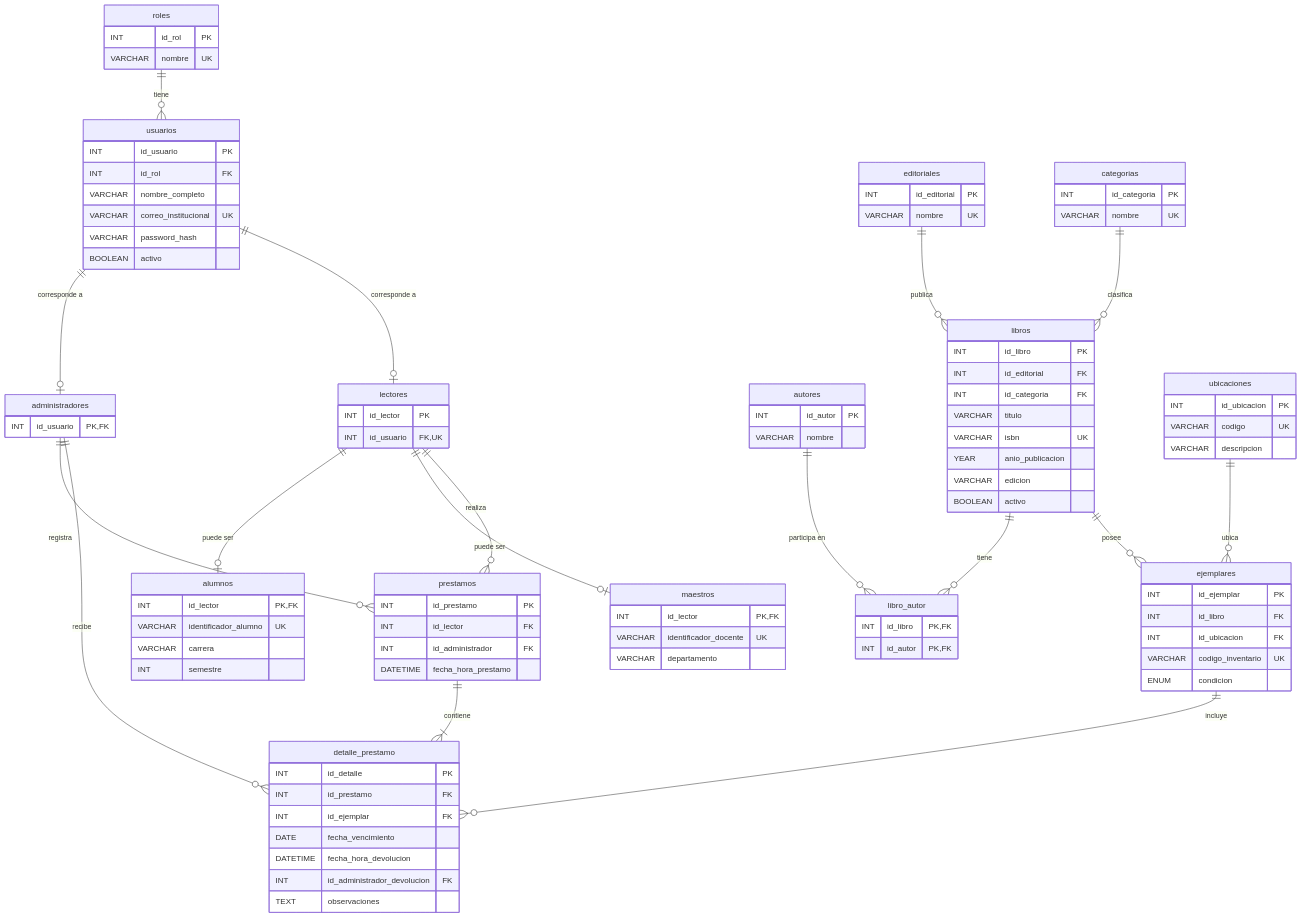
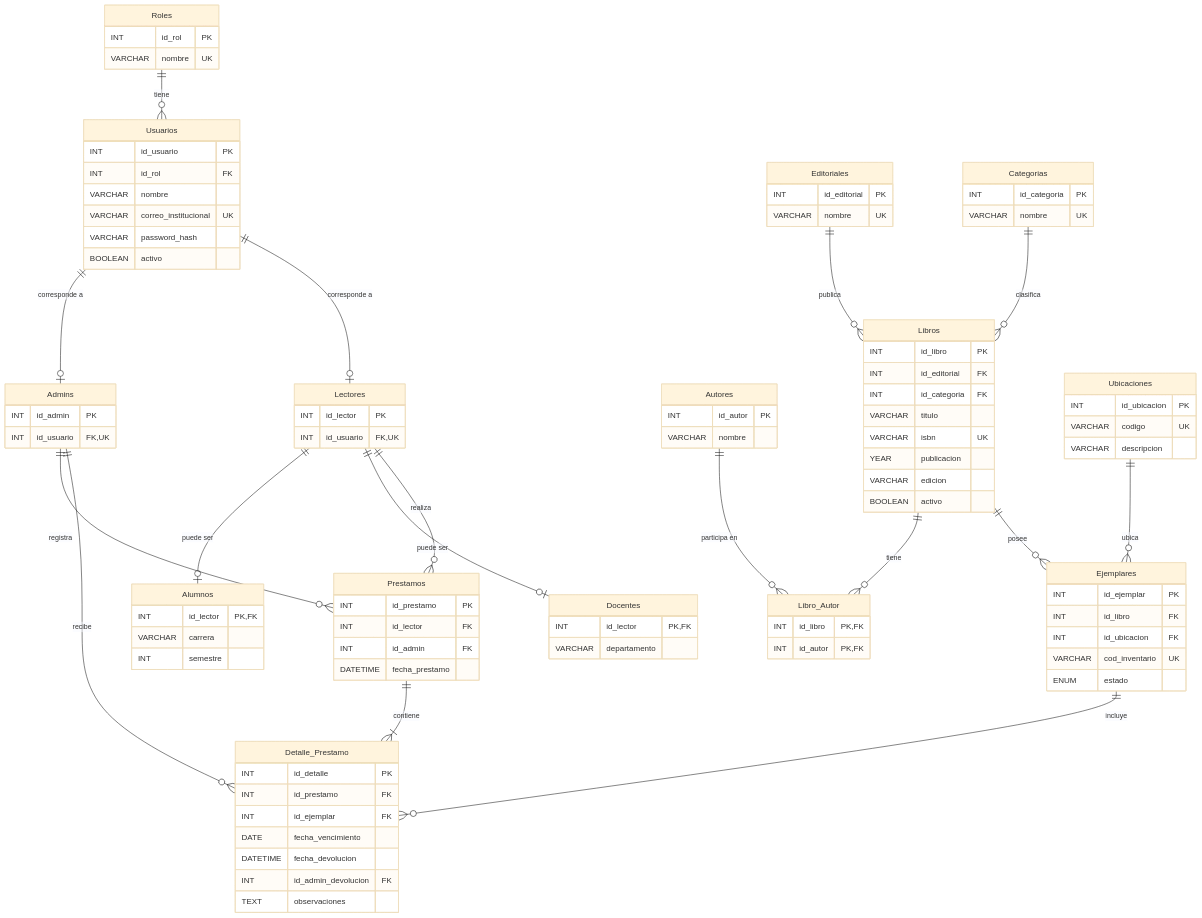
Before and after one commit to axelcisneros28032026/BiblioApp: the diagram in readme.md, drawn with Mermaid. The commit also changed other lines of this file and 1 other file, not shown here.

Commit message:
Actualización del diagrama de base de datos

````diff
--- a/readme.md
+++ b/readme.md
@@ -70,126 +71,128 @@
 ```mermaid
+%%{init: {
+  "theme": "base",
+  "curve": "step"
+}}%%
 erDiagram
 
-    roles {
+    Roles {
         INT id_rol PK
         VARCHAR nombre UK
     }
 
-    usuarios {
+    Usuarios {
         INT id_usuario PK
         INT id_rol FK
-        VARCHAR nombre_completo
+        VARCHAR nombre
         VARCHAR correo_institucional UK
         VARCHAR password_hash
         BOOLEAN activo
     }
 
-    administradores {
-        INT id_usuario PK, FK
+    Admins {
+        INT id_admin PK
+        INT id_usuario FK, UK
     }
 
-    lectores {
+    Lectores {
         INT id_lector PK
         INT id_usuario FK, UK
     }
 
-    alumnos {
+    Alumnos {
         INT id_lector PK, FK
-        VARCHAR identificador_alumno UK
         VARCHAR carrera
         INT semestre
     }
 
-    maestros {
+    Docentes {
         INT id_lector PK, FK
-        VARCHAR identificador_docente UK
         VARCHAR departamento
     }
 
-    editoriales {
+    Editoriales {
         INT id_editorial PK
         VARCHAR nombre UK
     }
 
-    categorias {
+    Categorias {
         INT id_categoria PK
         VARCHAR nombre UK
     }
 
-    autores {
+    Autores {
         INT id_autor PK
         VARCHAR nombre
     }
 
-    libros {
+    Libros {
         INT id_libro PK
         INT id_editorial FK
         INT id_categoria FK
         VARCHAR titulo
         VARCHAR isbn UK
-        YEAR anio_publicacion
+        YEAR publicacion
         VARCHAR edicion
         BOOLEAN activo
     }
 
-    libro_autor {
+    Libro_Autor {
         INT id_libro PK, FK
         INT id_autor PK, FK
     }
 
-    ubicaciones {
+    Ubicaciones {
         INT id_ubicacion PK
         VARCHAR codigo UK
         VARCHAR descripcion
     }
 
-    ejemplares {
+    Ejemplares {
         INT id_ejemplar PK
         INT id_libro FK
         INT id_ubicacion FK
-        VARCHAR codigo_inventario UK
-        ENUM condicion
+        VARCHAR cod_inventario UK
+        ENUM estado
     }
 
-    prestamos {
+    Prestamos {
         INT id_prestamo PK
         INT id_lector FK
-        INT id_administrador FK
-        DATETIME fecha_hora_prestamo
+        INT id_admin FK
+        DATETIME fecha_prestamo
     }
 
-    detalle_prestamo {
+    Detalle_Prestamo {
         INT id_detalle PK
         INT id_prestamo FK
         INT id_ejemplar FK
         DATE fecha_vencimiento
-        DATETIME fecha_hora_devolucion
-        INT id_administrador_devolucion FK
+        DATETIME fecha_devolucion
+        INT id_admin_devolucion FK
         TEXT observaciones
     }
 
+    Roles ||--o{ Usuarios : tiene
 
-    roles ||--o{ usuarios : "tiene"
+    Usuarios ||--o| Admins : "corresponde a"
+    Usuarios ||--o| Lectores : "corresponde a"
 
-    usuarios ||--o| administradores : "corresponde a"
-    usuarios ||--o| lectores : "corresponde a"
+    Lectores ||--o| Alumnos : "puede ser"
+    Lectores ||--o| Docentes : "puede ser"
 
-    lectores ||--o| alumnos : "puede ser"
-    lectores ||--o| maestros : "puede ser"
+    Editoriales ||--o{ Libros : publica
+    Categorias ||--o{ Libros : clasifica
 
-    editoriales ||--o{ libros : "publica"
-    categorias ||--o{ libros : "clasifica"
+    Libros ||--o{ Libro_Autor : tiene
+    Autores ||--o{ Libro_Autor : "participa en"
 
-    libros ||--o{ libro_autor : "tiene"
-    autores ||--o{ libro_autor : "participa en"
+    Libros ||--o{ Ejemplares : posee
+    Ubicaciones ||--o{ Ejemplares : ubica
 
-    libros ||--o{ ejemplares : "posee"
-    ubicaciones ||--o{ ejemplares : "ubica"
+    Lectores ||--o{ Prestamos : realiza
+    Admins ||--o{ Prestamos : registra
 
-    lectores ||--o{ prestamos : "realiza"
-    administradores ||--o{ prestamos : "registra"
-
-    prestamos ||--|{ detalle_prestamo : "contiene"
-    ejemplares ||--o{ detalle_prestamo : "incluye"
-    administradores ||--o{ detalle_prestamo : "recibe"
+    Prestamos ||--|{ Detalle_Prestamo : contiene
+    Ejemplares ||--o{ Detalle_Prestamo : incluye
+    Admins ||--o{ Detalle_Prestamo : recibe
 ```
````
